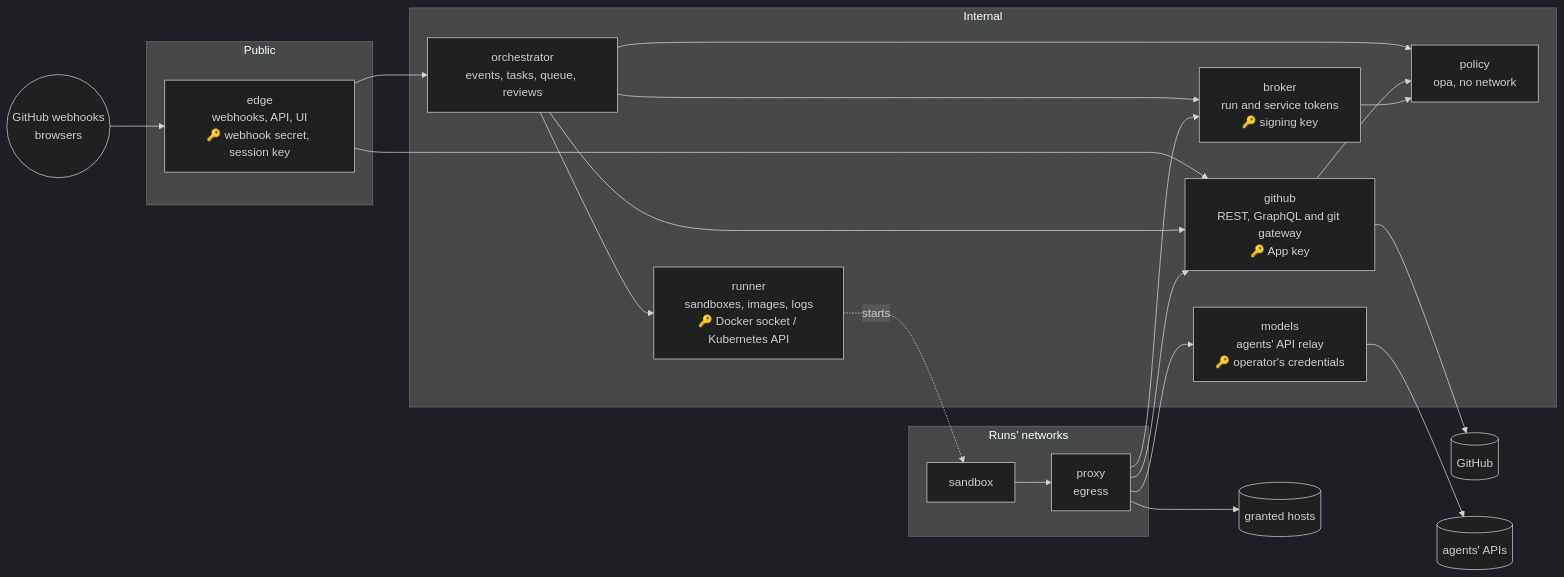
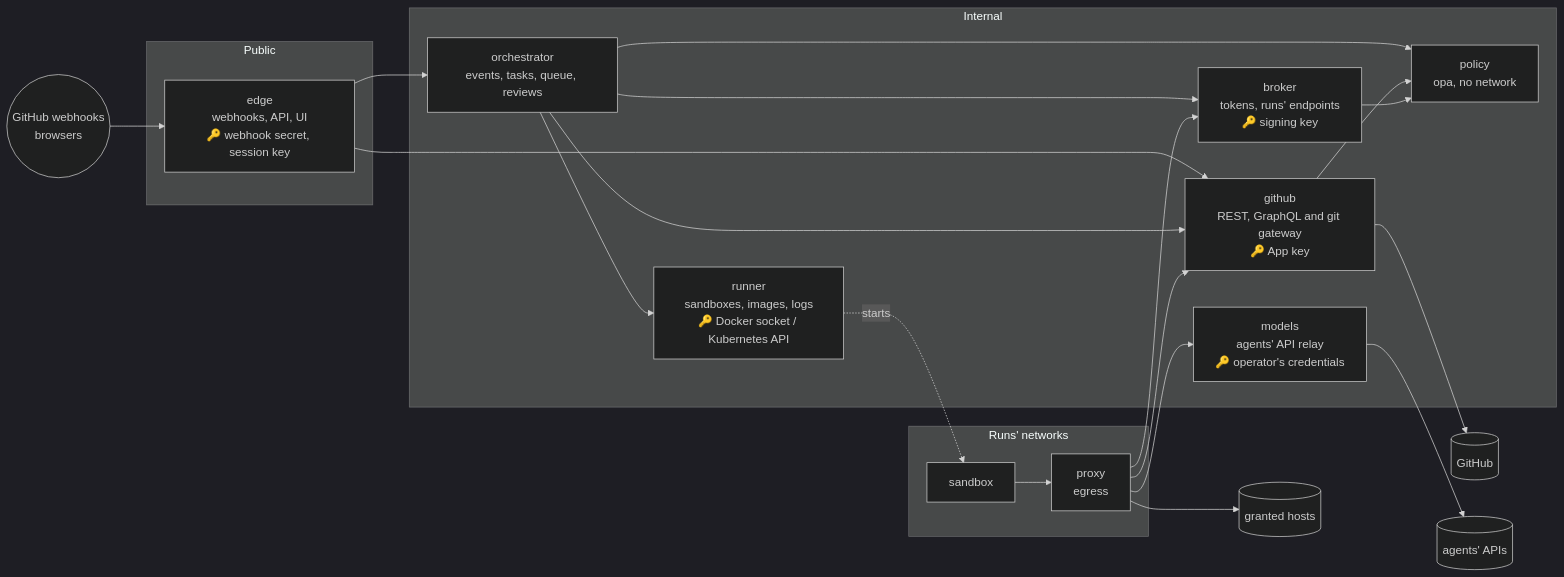
One commit to BryanSmee/deckhand changed the diagram in docs/services.md. Above: the diagram before and after it, drawn with Mermaid (dark theme). The commit also changed other lines of this file, not shown here.

First line of the commit message:
docs: services: the broker's run endpoints, what limits a leaked token, per-caller rules

````diff
--- a/docs/services.md
+++ b/docs/services.md
@@ -9,43 +9,43 @@
 ```mermaid
 flowchart LR
   web(("GitHub webhooks<br/>browsers"))
   gh[("GitHub")]
   ai[("agents' APIs")]
   hosts[("granted hosts")]
 
   subgraph public [Public]
     edge["edge<br/>webhooks, API, UI<br/>🔑 webhook secret, session key"]
   end
 
   subgraph internal [Internal]
     orch["orchestrator<br/>events, tasks, queue, reviews"]
     runner["runner<br/>sandboxes, images, logs<br/>🔑 Docker socket / Kubernetes API"]
-    broker["broker<br/>run and service tokens<br/>🔑 signing key"]
+    broker["broker<br/>tokens, runs' endpoints<br/>🔑 signing key"]
     github["github<br/>REST, GraphQL and git gateway<br/>🔑 App key"]
     models["models<br/>agents' API relay<br/>🔑 operator's credentials"]
     policy["policy<br/>opa, no network"]
   end
 
   subgraph runs ["Runs' networks"]
     sandbox["sandbox"]
     proxy["proxy<br/>egress"]
   end
 
   web --> edge
   edge --> orch
   edge --> github
   orch --> runner
   orch --> broker
   orch --> github
   orch --> policy
   runner -. starts .-> sandbox
   sandbox --> proxy
   proxy --> github
   proxy --> models
   proxy --> broker
   proxy --> hosts
   github --> policy
   broker --> policy
   github --> gh
   models --> ai
 ```
````
